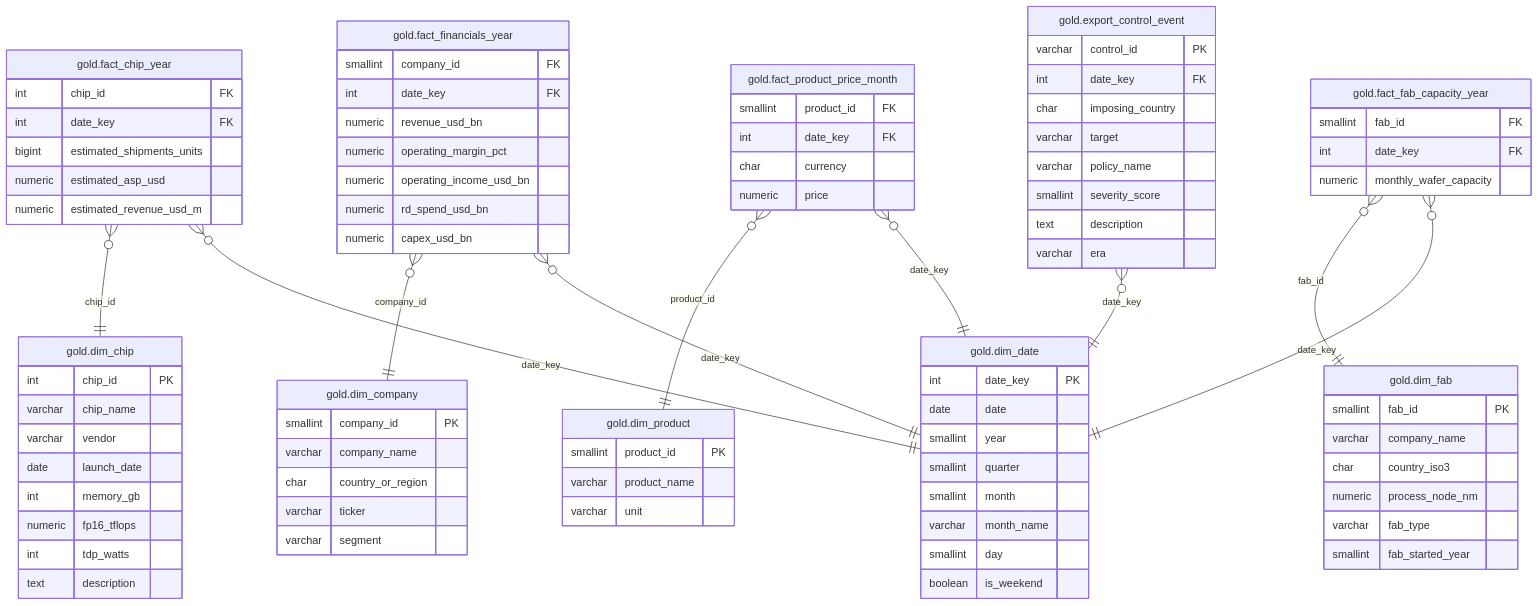
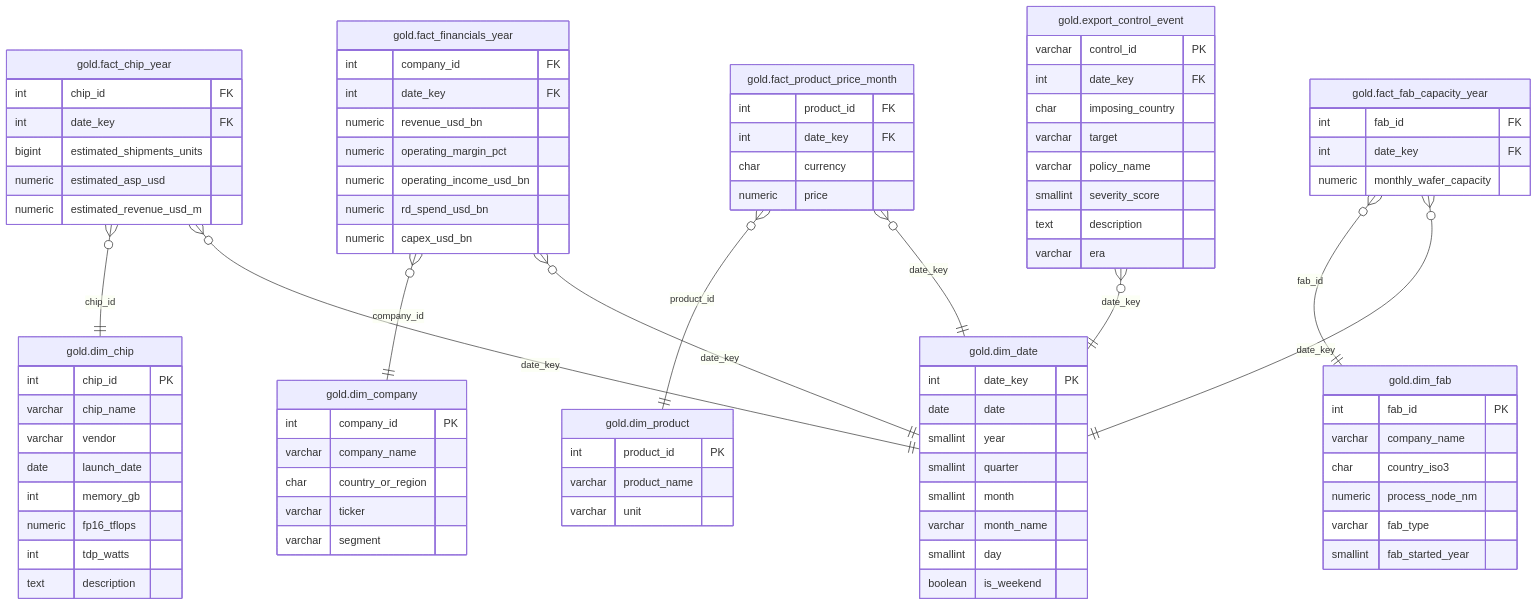
One commit to valterex/semiconductor-star-schema changed the diagram in README.md. Above: the diagram before and after it, drawn with Mermaid. The commit also changed 4 other files, not shown here.

```diff
--- a/README.md
+++ b/README.md
@@ -74,14 +74,14 @@
   numeric estimated_revenue_usd_m
 }
 "gold.dim_company" {
-  smallint company_id PK
+  int company_id PK
   varchar company_name
   char country_or_region
   varchar ticker
   varchar segment
 }
 "gold.fact_financials_year" {
-  smallint company_id FK
+  int company_id FK
   int date_key FK
   numeric revenue_usd_bn
   numeric operating_margin_pct
@@ -90,18 +90,18 @@
   numeric capex_usd_bn
 }
 "gold.dim_product" {
-  smallint product_id PK
+  int product_id PK
   varchar product_name
   varchar unit
 }
 "gold.fact_product_price_month" {
-  smallint product_id FK
+  int product_id FK
   int date_key FK
   char currency
   numeric price
 }
 "gold.dim_fab" {
-  smallint fab_id PK
+  int fab_id PK
   varchar company_name
   char country_iso3
   numeric process_node_nm
@@ -109,7 +109,7 @@
   smallint fab_started_year
 }
 "gold.fact_fab_capacity_year" {
-  smallint fab_id FK
+  int fab_id FK
   int date_key FK
   numeric monthly_wafer_capacity
 }
```
